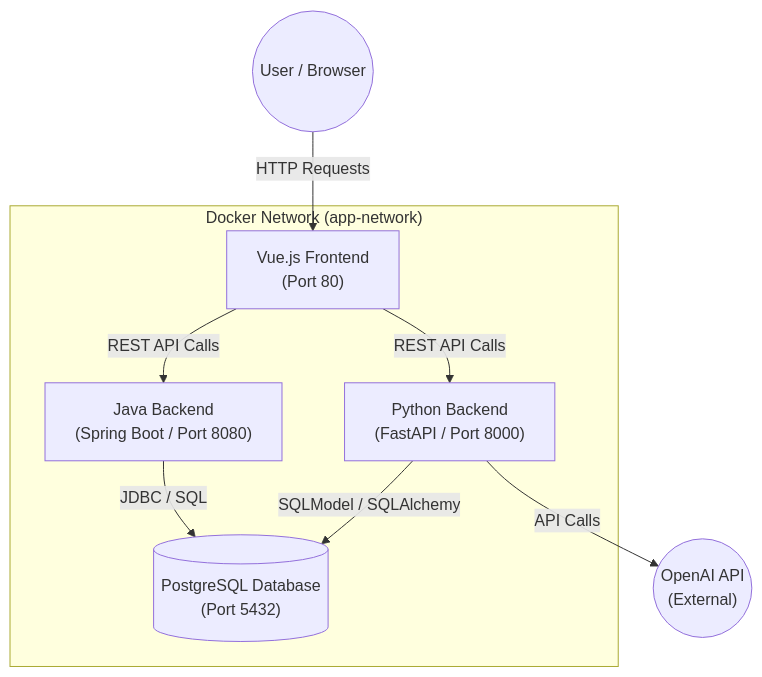
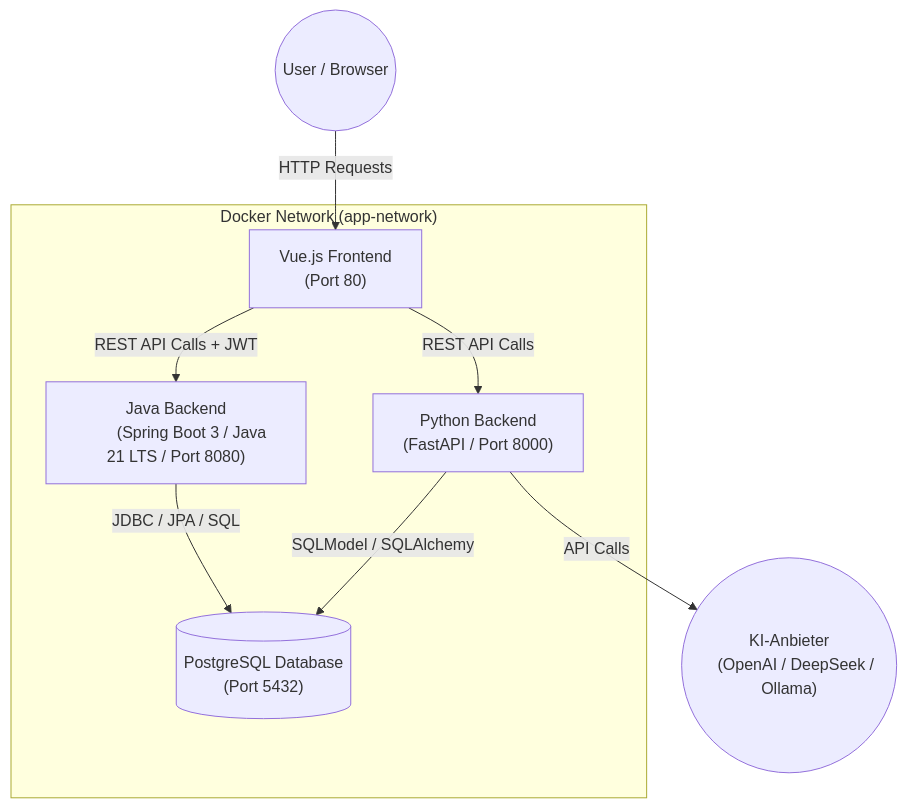
Before and after one commit to kevinnggit/AIprojekt: the diagram in project_learning_hub/00_Syllabus_und_Struktur.md, drawn with Mermaid. The commit also changed other lines of this file and 53 other files, not shown here.

````diff
--- a/project_learning_hub/00_Syllabus_und_Struktur.md
+++ b/project_learning_hub/00_Syllabus_und_Struktur.md
@@ -27,31 +33,31 @@
 ```mermaid
 graph TD
     User((User / Browser))
-    
+
     subgraph "Docker Network (app-network)"
         Frontend["Vue.js Frontend
         (Port 80)"]
-        
+
         Java["Java Backend
-        (Spring Boot / Port 8080)"]
-        
+        (Spring Boot 3 / Java 21 LTS / Port 8080)"]
+
         Python["Python Backend
         (FastAPI / Port 8000)"]
-        
+
         DB[("PostgreSQL Database
         (Port 5432)")]
     end
-    
-    OpenAI(("OpenAI API
-    (External)"))
+
+    OpenAI(("KI-Anbieter
+    (OpenAI / DeepSeek / Ollama)"))
 
     %% Datenflüsse
     User -->|HTTP Requests| Frontend
-    Frontend -->|REST API Calls| Java
+    Frontend -->|REST API Calls + JWT| Java
     Frontend -->|REST API Calls| Python
-    
-    Java -->|JDBC / SQL| DB
+
+    Java -->|JDBC / JPA / SQL| DB
     Python -->|SQLModel / SQLAlchemy| DB
-    
+
     Python -->|API Calls| OpenAI
 ```
````
